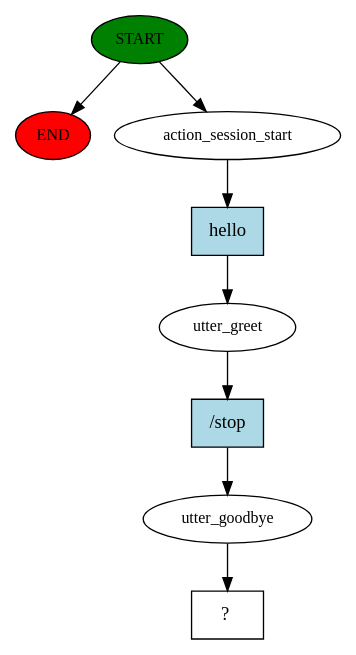
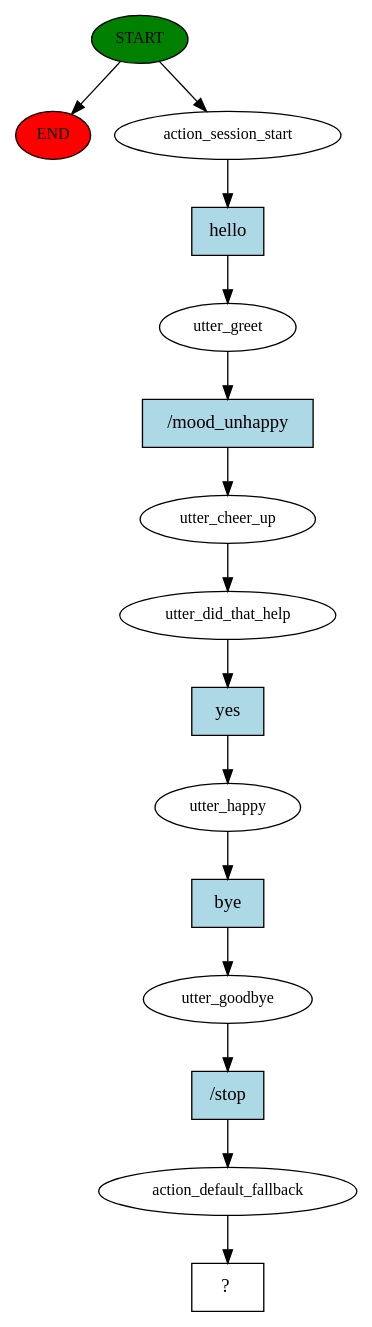
One commit to ignacioordorica/RASABOT changed the diagram in story_graph.dot. Above: the diagram before and after it, drawn with Graphviz. The commit also changed 3 other files, not shown here.

```diff
--- a/story_graph.dot
+++ b/story_graph.dot
@@ -1,17 +1,31 @@
 digraph  {
 0 [class="start active", fillcolor=green, fontsize=12, label=START, style=filled];
 "-1" [class=end, fillcolor=red, fontsize=12, label=END, style=filled];
 1 [class=active, fontsize=12, label=action_session_start];
 2 [class=active, fontsize=12, label=utter_greet];
-3 [class=active, fontsize=12, label=utter_goodbye];
-4 [class="intent dashed active", label="  ?  ", shape=rect];
-5 [class="intent active", fillcolor=lightblue, label=hello, shape=rect, style=filled];
-6 [class="intent active", fillcolor=lightblue, label="/stop", shape=rect, style=filled];
+3 [class=active, fontsize=12, label=utter_cheer_up];
+4 [class=active, fontsize=12, label=utter_did_that_help];
+5 [class=active, fontsize=12, label=utter_happy];
+6 [class=active, fontsize=12, label=utter_goodbye];
+7 [class=active, fontsize=12, label=action_default_fallback];
+8 [class="intent dashed active", label="  ?  ", shape=rect];
+9 [class="intent active", fillcolor=lightblue, label=hello, shape=rect, style=filled];
+10 [class="intent active", fillcolor=lightblue, label="/mood_unhappy", shape=rect, style=filled];
+11 [class="intent active", fillcolor=lightblue, label=yes, shape=rect, style=filled];
+12 [class="intent active", fillcolor=lightblue, label=bye, shape=rect, style=filled];
+13 [class="intent active", fillcolor=lightblue, label="/stop", shape=rect, style=filled];
 0 -> "-1"  [class="", key=NONE, label=""];
 0 -> 1  [class=active, key=NONE, label=""];
-1 -> 5  [class=active, key=0];
-2 -> 6  [class=active, key=0];
+1 -> 9  [class=active, key=0];
+2 -> 10  [class=active, key=0];
 3 -> 4  [class=active, key=NONE, label=""];
-5 -> 2  [class=active, key=0];
-6 -> 3  [class=active, key=0];
+4 -> 11  [class=active, key=0];
+5 -> 12  [class=active, key=0];
+6 -> 13  [class=active, key=0];
+7 -> 8  [class=active, key=NONE, label=""];
+9 -> 2  [class=active, key=0];
+10 -> 3  [class=active, key=0];
+11 -> 5  [class=active, key=0];
+12 -> 6  [class=active, key=0];
+13 -> 7  [class=active, key=0];
 }
```
